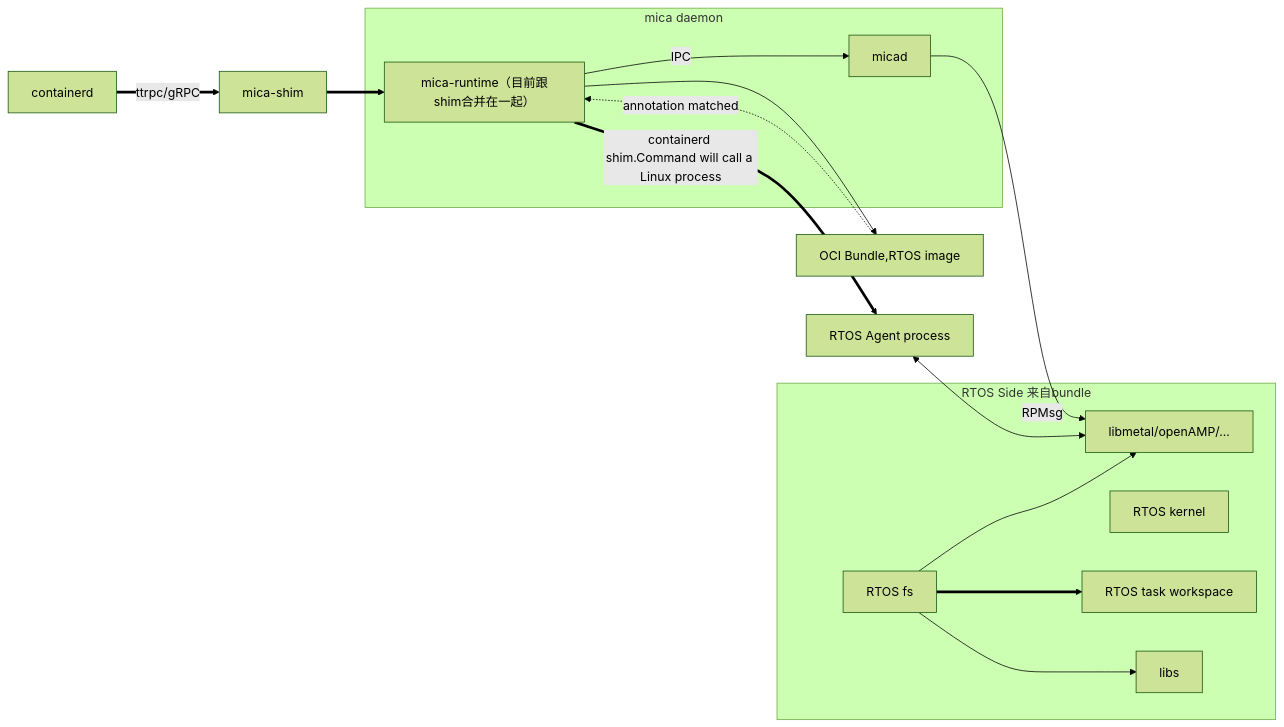
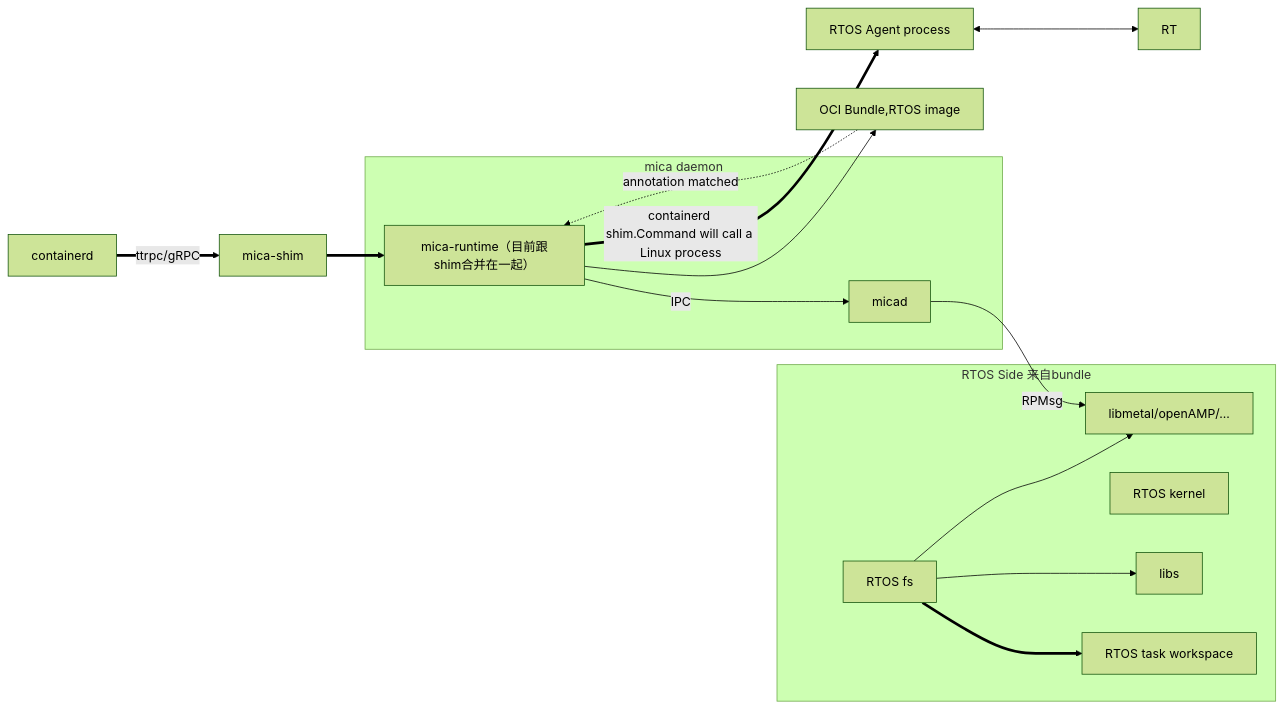
Before and after one commit to Egg12138/iodraw-files: the diagram in all/未命名.md, drawn with Mermaid (forest theme).

Commit message:
2025-06-23 09:26:34 update

````diff
--- a/all/未命名.md
+++ b/all/未命名.md
@@ -1,24 +1,24 @@
 ```mermaid
 graph LR
     CD[containerd] ==>|ttrpc/gRPC| S
     S[mica-shim] ==> MR
     MR[mica-runtime（目前跟shim合并在一起）] -->|IPC| A[micad]
     MR -->C[OCI Bundle,RTOS image]
     MR ==>|containerd shim.Command will call a Linux process|AG[RTOS Agent process]
     A -->|RPMsg| B[RTOS Remote Core]
     C -.->|annotation matched| MR
-    AG <-->B
+    AG <--> RT
     subgraph RTOS Side 来自bundle
         K[RTOS kernel]
         B[libmetal/openAMP/...]
         D[RTOS fs] ==> E
         D --> L[libs]
         D --> B
         E[RTOS task workspace]
     end
 
     subgraph mica daemon
         A
         MR
     end
 ```
````
